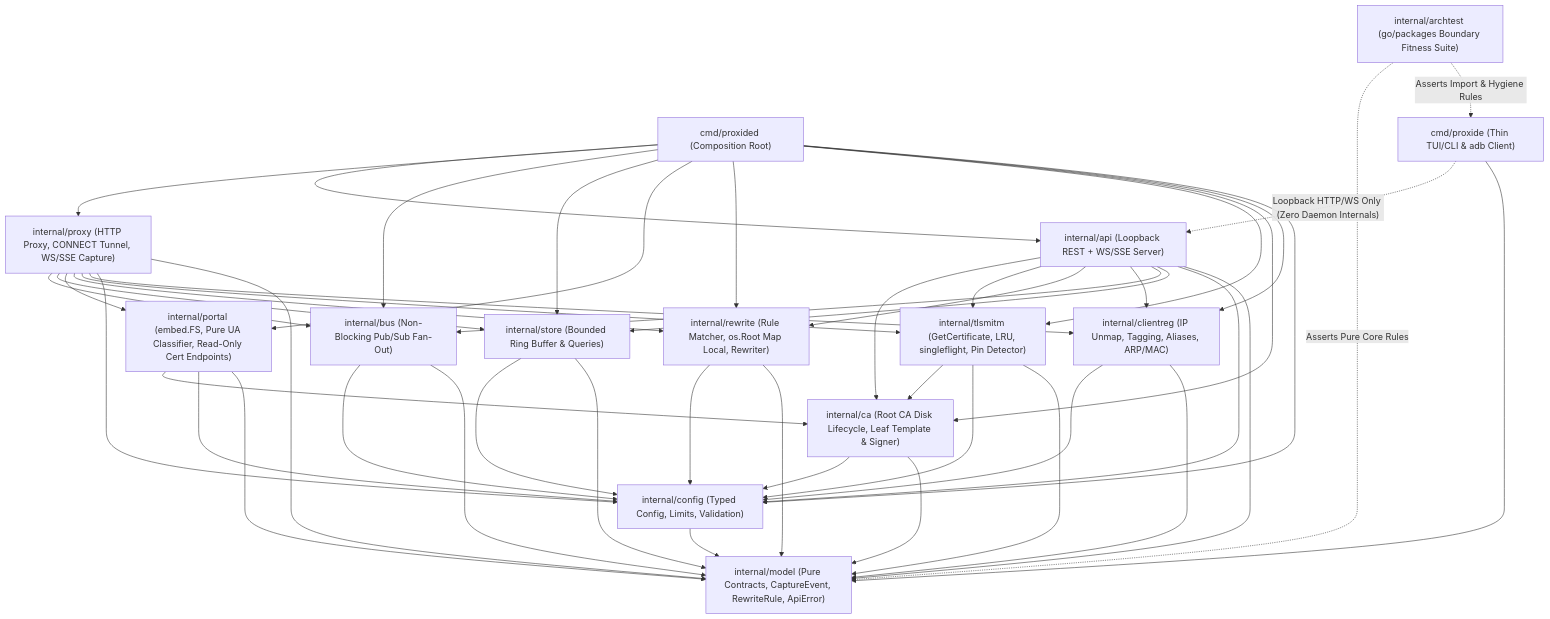
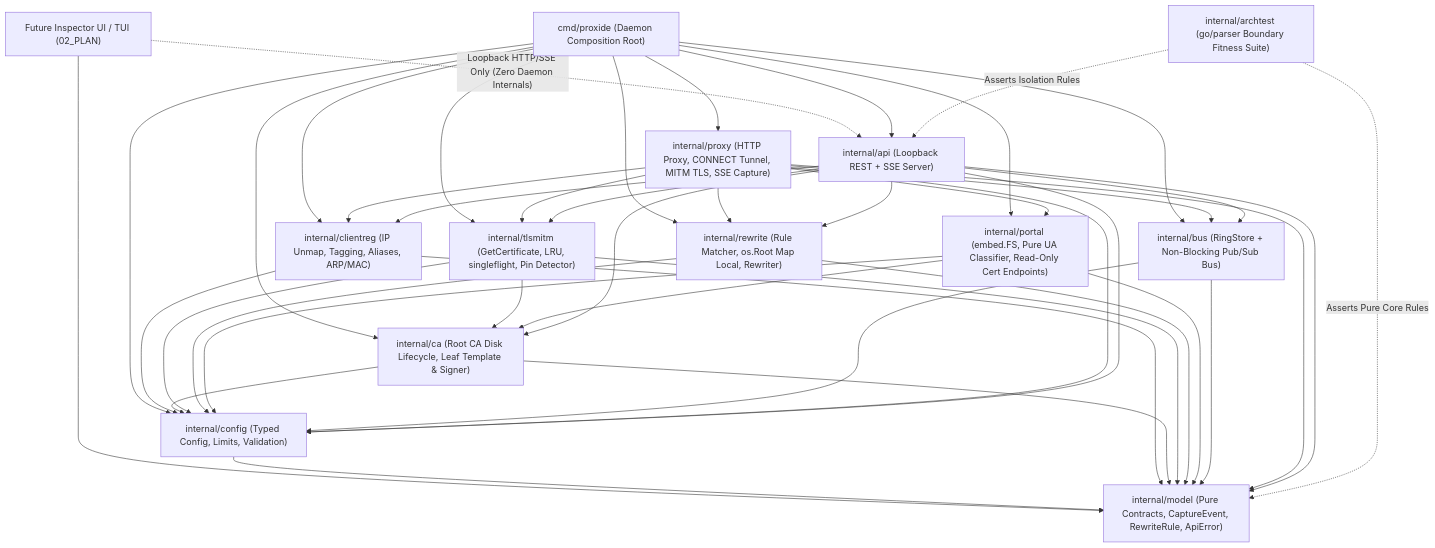
One commit to Cy-Codes/proxide changed the second of 4 diagrams in docs/01_PLAN.md. Above: the diagram before and after it, drawn with Mermaid. The commit also changed other lines of this file and 35 other files, not shown here.

First line of the commit message:
feat: implement Go LAN MITM proxy daemon, setup portal, and loopback event stream

````diff
--- a/docs/01_PLAN.md
+++ b/docs/01_PLAN.md
@@ -86,71 +88,65 @@
 ```mermaid
 flowchart TD
-    Daemon["cmd/proxided (Composition Root)"]
-    Inspector["cmd/proxide (Thin TUI/CLI & adb Client)"]
+    Daemon["cmd/proxide (Daemon Composition Root)"]
+    Inspector["Future Inspector UI / TUI (02_PLAN)"]
 
     Model["internal/model (Pure Contracts, CaptureEvent, RewriteRule, ApiError)"]
     Config["internal/config (Typed Config, Limits, Validation)"]
     ClientReg["internal/clientreg (IP Unmap, Tagging, Aliases, ARP/MAC)"]
     CA["internal/ca (Root CA Disk Lifecycle, Leaf Template & Signer)"]
     TLSMITM["internal/tlsmitm (GetCertificate, LRU, singleflight, Pin Detector)"]
     Rewrite["internal/rewrite (Rule Matcher, os.Root Map Local, Rewriter)"]
     Portal["internal/portal (embed.FS, Pure UA Classifier, Read-Only Cert Endpoints)"]
-    Store["internal/store (Bounded Ring Buffer & Queries)"]
-    Bus["internal/bus (Non-Blocking Pub/Sub Fan-Out)"]
-    Proxy["internal/proxy (HTTP Proxy, CONNECT Tunnel, WS/SSE Capture)"]
-    API["internal/api (Loopback REST + WS/SSE Server)"]
-    Arch["internal/archtest (go/packages Boundary Fitness Suite)"]
+    Bus["internal/bus (RingStore + Non-Blocking Pub/Sub Bus)"]
+    Proxy["internal/proxy (HTTP Proxy, CONNECT Tunnel, MITM TLS, SSE Capture)"]
+    API["internal/api (Loopback REST + SSE Server)"]
+    Arch["internal/archtest (go/parser Boundary Fitness Suite)"]
 
     Inspector --> Model
-    Inspector -. "Loopback HTTP/WS Only (Zero Daemon Internals)" .-> API
+    Inspector -. "Loopback HTTP/SSE Only (Zero Daemon Internals)" .-> API
 
     Daemon --> Config
     Daemon --> ClientReg
     Daemon --> CA
     Daemon --> TLSMITM
     Daemon --> Rewrite
     Daemon --> Portal
-    Daemon --> Store
     Daemon --> Bus
     Daemon --> Proxy
     Daemon --> API
 
     Config --> Model
     ClientReg --> Model
     ClientReg --> Config
     CA --> Model
     CA --> Config
     TLSMITM --> Model
     TLSMITM --> Config
     TLSMITM --> CA
     Rewrite --> Model
     Rewrite --> Config
     Portal --> Model
     Portal --> Config
     Portal --> CA
-    Store --> Model
-    Store --> Config
     Bus --> Model
     Bus --> Config
 
     Proxy --> Model
     Proxy --> Config
     Proxy --> ClientReg
     Proxy --> TLSMITM
     Proxy --> Rewrite
     Proxy --> Portal
-    Proxy --> Store
     Proxy --> Bus
 
     API --> Model
     API --> Config
-    API --> Store
     API --> Bus
     API --> ClientReg
     API --> Rewrite
     API --> TLSMITM
     API --> CA
 
-    Arch -. "Asserts Import & Hygiene Rules" .-> Inspector
     Arch -. "Asserts Pure Core Rules" .-> Model
+    Arch -. "Asserts Isolation Rules" .-> API
 ```
````
